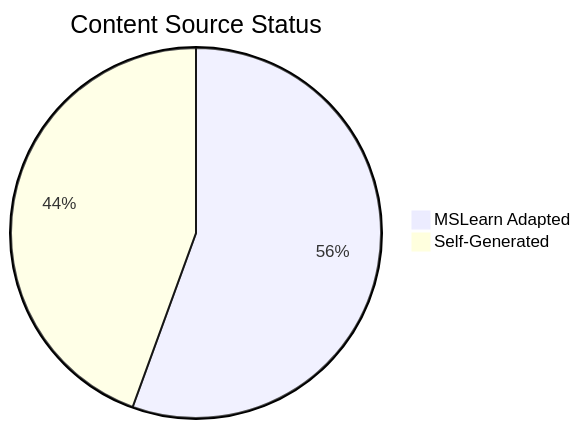
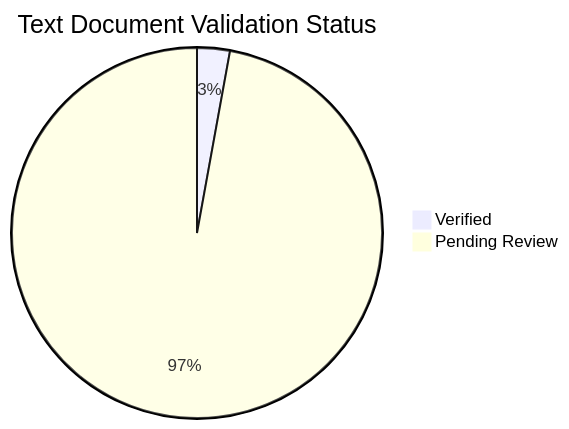
The diagram in docs/reference/content-validation-status.md (yeongseon/azure-virtual-machine-practical-guide), drawn with Mermaid before and after one commit. The commit also changed other lines of this file and 79 other files, not shown here.

````diff
--- a/docs/reference/content-validation-status.md
+++ b/docs/reference/content-validation-status.md
@@ -39,5 +35,5 @@
 ```mermaid
-pie title Content Source Status
-    "MSLearn Adapted" : 50
-    "Self-Generated" : 40
+pie title Text Document Validation Status
+    "Verified" : 2
+    "Pending Review" : 68
 ```
````
